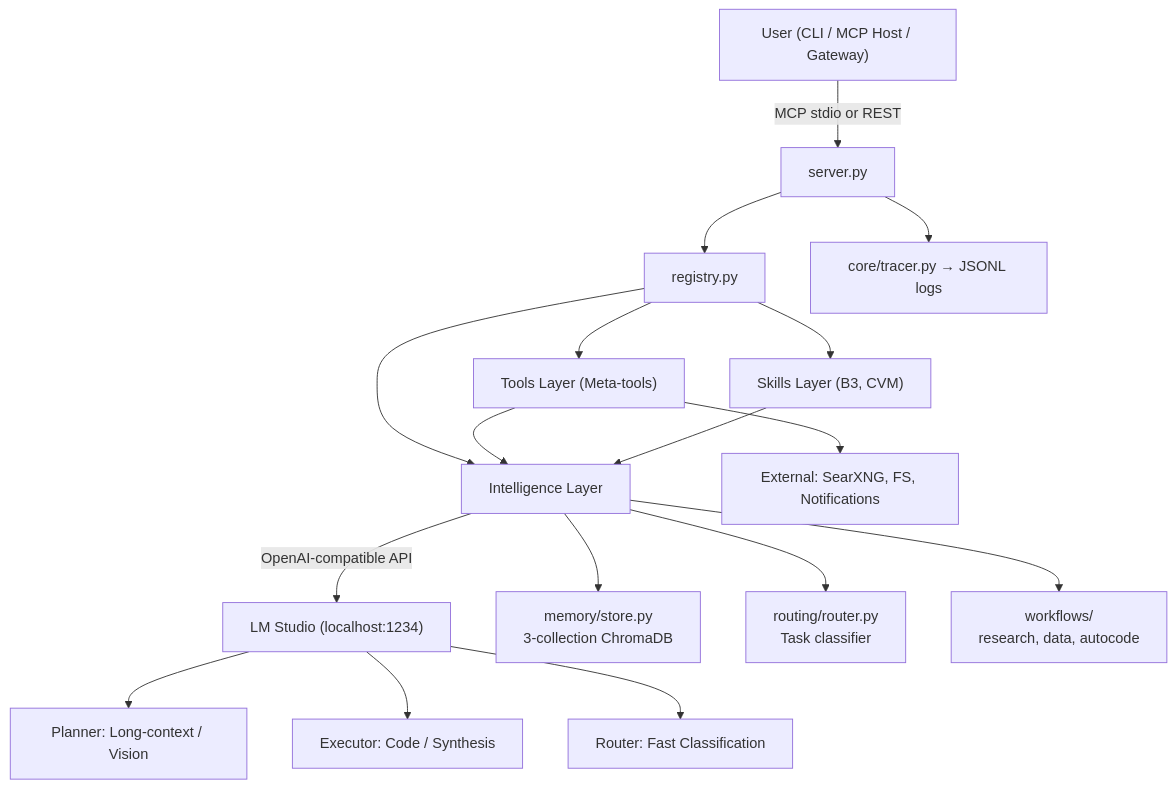
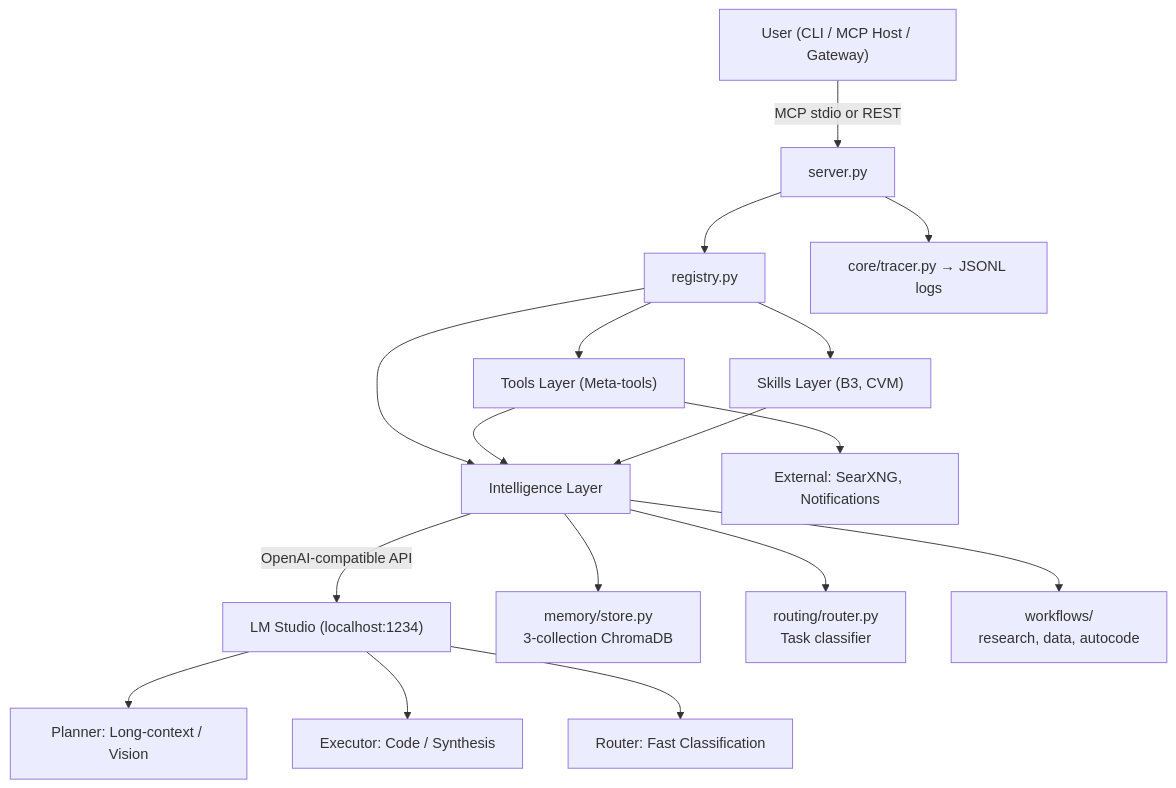
One commit to brunogcar/agent changed the diagram in README.md. Above: the diagram before and after it, drawn with Mermaid. The commit also changed other lines of this file and 53 other files, not shown here.

````diff
--- a/README.md
+++ b/README.md
@@ -26,22 +26,22 @@
 ```mermaid
 graph TD
     A["User (CLI / MCP Host / Gateway)"] -->|"MCP stdio or REST"| B["server.py"]
     B --> C["registry.py"]
     C --> D["Tools Layer (Meta-tools)"]
     C --> E["Skills Layer (B3, CVM)"]
     C --> F["Intelligence Layer"]
     
     D & E --> F
     F -->|"OpenAI-compatible API"| G["LM Studio (localhost:1234)"]
     
     G --> H["Planner: Long-context / Vision"]
     G --> I["Executor: Code / Synthesis"]
     G --> J["Router: Fast Classification"]
     
     F --> K["memory/store.py<br/>3-collection ChromaDB"]
     F --> L["routing/router.py<br/>Task classifier"]
     F --> M["workflows/<br/>research, data, autocode"]
     
-    D --> N["External: SearXNG, FS, Notifications"]
+    D --> N["External: SearXNG, Notifications"]
     B --> O["core/tracer.py → JSONL logs"]
 ```
````
